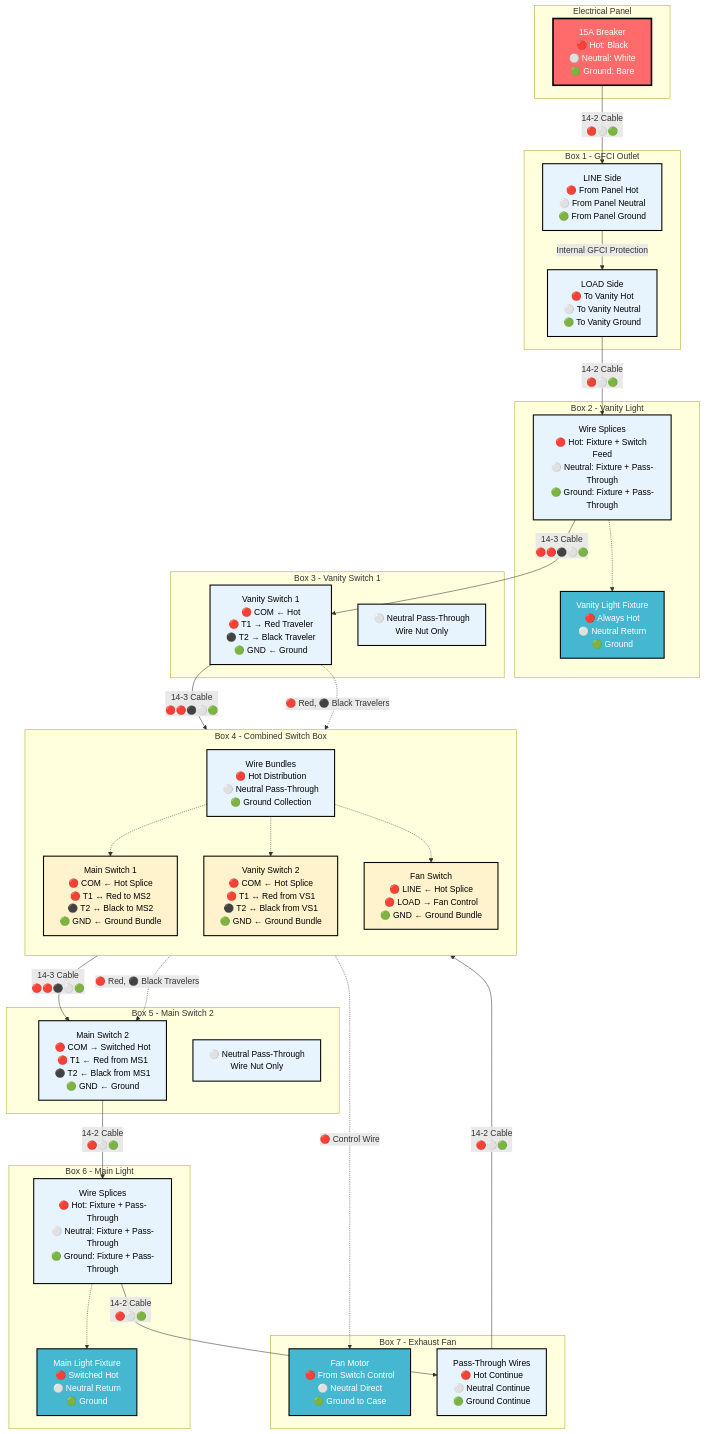
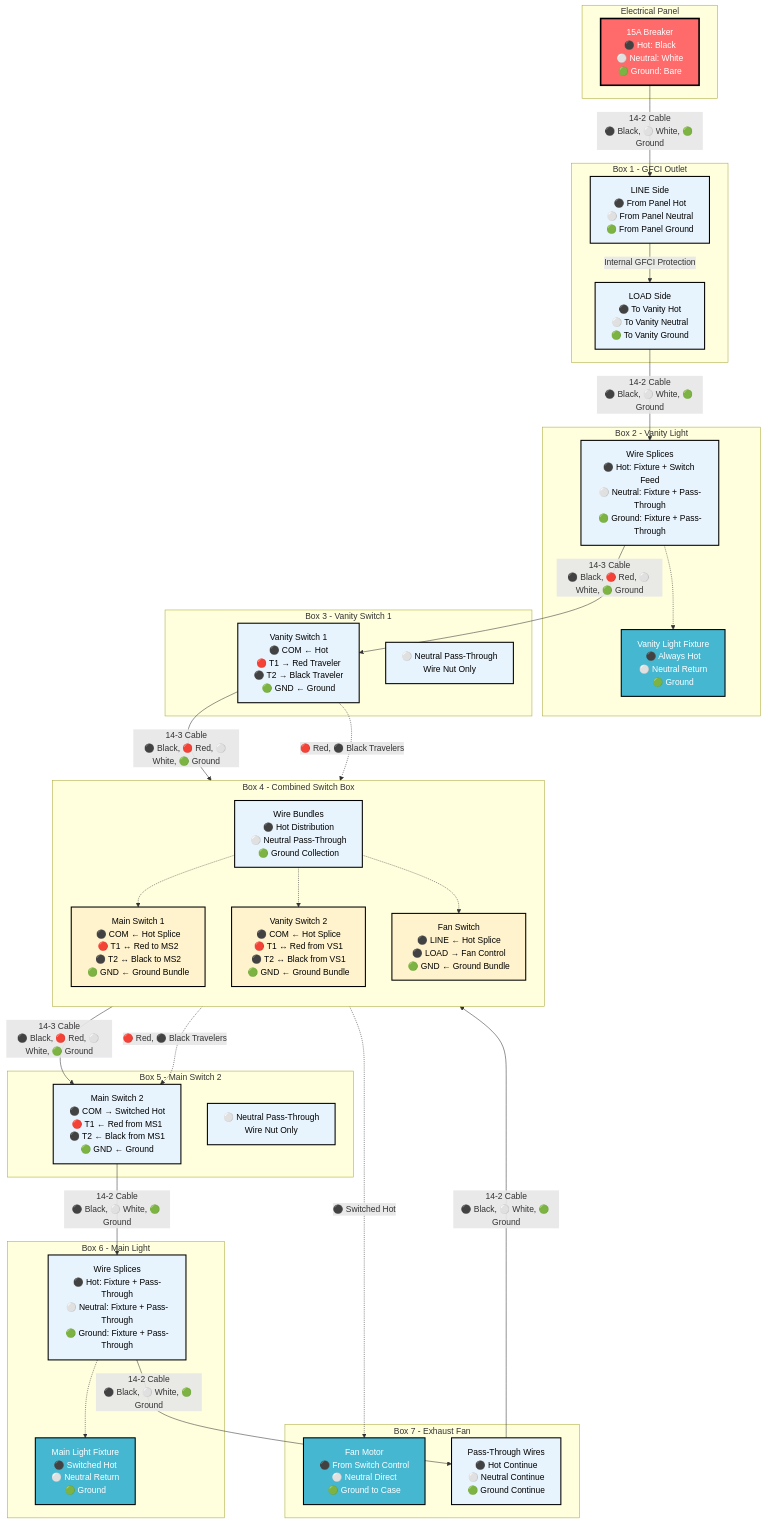
The third of 10 diagrams in diagrams/mermaid-wiring-diagram.md (ticklemycode/electrical-wiring), drawn with Mermaid before and after one commit. The commit also changed other lines of this file and 3 other files, not shown here.

````diff
--- a/diagrams/mermaid-wiring-diagram.md
+++ b/diagrams/mermaid-wiring-diagram.md
@@ -101,78 +101,78 @@
 ```mermaid
 flowchart TD
     subgraph "Electrical Panel"
-        PANEL[15A Breaker<br/>🔴 Hot: Black<br/>⚪ Neutral: White<br/>🟢 Ground: Bare]
+        PANEL[15A Breaker<br/>⚫ Hot: Black<br/>⚪ Neutral: White<br/>🟢 Ground: Bare]
     end
     
     subgraph "Box 1 - GFCI Outlet"
-        GFCI_LINE[LINE Side<br/>🔴 From Panel Hot<br/>⚪ From Panel Neutral<br/>🟢 From Panel Ground]
-        GFCI_LOAD[LOAD Side<br/>🔴 To Vanity Hot<br/>⚪ To Vanity Neutral<br/>🟢 To Vanity Ground]
+        GFCI_LINE[LINE Side<br/>⚫ From Panel Hot<br/>⚪ From Panel Neutral<br/>🟢 From Panel Ground]
+        GFCI_LOAD[LOAD Side<br/>⚫ To Vanity Hot<br/>⚪ To Vanity Neutral<br/>🟢 To Vanity Ground]
         GFCI_LINE -->|Internal GFCI Protection| GFCI_LOAD
     end
     
     subgraph "Box 2 - Vanity Light"
-        VL_FIXTURE[Vanity Light Fixture<br/>🔴 Always Hot<br/>⚪ Neutral Return<br/>🟢 Ground]
-        VL_SPLICE[Wire Splices<br/>🔴 Hot: Fixture + Switch Feed<br/>⚪ Neutral: Fixture + Pass-Through<br/>🟢 Ground: Fixture + Pass-Through]
+        VL_FIXTURE[Vanity Light Fixture<br/>⚫ Always Hot<br/>⚪ Neutral Return<br/>🟢 Ground]
+        VL_SPLICE[Wire Splices<br/>⚫ Hot: Fixture + Switch Feed<br/>⚪ Neutral: Fixture + Pass-Through<br/>🟢 Ground: Fixture + Pass-Through]
         VL_SPLICE -.-> VL_FIXTURE
     end
     
     subgraph "Box 3 - Vanity Switch 1"
-        VS1_SWITCH[Vanity Switch 1<br/>🔴 COM ← Hot<br/>🔴 T1 → Red Traveler<br/>⚫ T2 → Black Traveler<br/>🟢 GND ← Ground]
+        VS1_SWITCH[Vanity Switch 1<br/>⚫ COM ← Hot<br/>🔴 T1 → Red Traveler<br/>⚫ T2 → Black Traveler<br/>🟢 GND ← Ground]
         VS1_NEUTRAL[⚪ Neutral Pass-Through<br/>Wire Nut Only]
     end
     
     subgraph "Box 4 - Combined Switch Box"
         direction TB
-        COMB_MAIN[Main Switch 1<br/>🔴 COM ← Hot Splice<br/>🔴 T1 ↔ Red to MS2<br/>⚫ T2 ↔ Black to MS2<br/>🟢 GND ← Ground Bundle]
-        COMB_VANITY[Vanity Switch 2<br/>🔴 COM ← Hot Splice<br/>🔴 T1 ↔ Red from VS1<br/>⚫ T2 ↔ Black from VS1<br/>🟢 GND ← Ground Bundle]
-        COMB_FAN[Fan Switch<br/>🔴 LINE ← Hot Splice<br/>🔴 LOAD → Fan Control<br/>🟢 GND ← Ground Bundle]
-        COMB_BUNDLES[Wire Bundles<br/>🔴 Hot Distribution<br/>⚪ Neutral Pass-Through<br/>🟢 Ground Collection]
+        COMB_MAIN[Main Switch 1<br/>⚫ COM ← Hot Splice<br/>🔴 T1 ↔ Red to MS2<br/>⚫ T2 ↔ Black to MS2<br/>🟢 GND ← Ground Bundle]
+        COMB_VANITY[Vanity Switch 2<br/>⚫ COM ← Hot Splice<br/>🔴 T1 ↔ Red from VS1<br/>⚫ T2 ↔ Black from VS1<br/>🟢 GND ← Ground Bundle]
+        COMB_FAN[Fan Switch<br/>⚫ LINE ← Hot Splice<br/>⚫ LOAD → Fan Control<br/>🟢 GND ← Ground Bundle]
+        COMB_BUNDLES[Wire Bundles<br/>⚫ Hot Distribution<br/>⚪ Neutral Pass-Through<br/>🟢 Ground Collection]
         
         COMB_BUNDLES -.-> COMB_MAIN
         COMB_BUNDLES -.-> COMB_VANITY
         COMB_BUNDLES -.-> COMB_FAN
     end
     
     subgraph "Box 5 - Main Switch 2"
-        MS2_SWITCH[Main Switch 2<br/>🔴 COM → Switched Hot<br/>🔴 T1 ← Red from MS1<br/>⚫ T2 ← Black from MS1<br/>🟢 GND ← Ground]
+        MS2_SWITCH[Main Switch 2<br/>⚫ COM → Switched Hot<br/>🔴 T1 ← Red from MS1<br/>⚫ T2 ← Black from MS1<br/>🟢 GND ← Ground]
         MS2_NEUTRAL[⚪ Neutral Pass-Through<br/>Wire Nut Only]
     end
     
     subgraph "Box 6 - Main Light"
-        ML_FIXTURE[Main Light Fixture<br/>🔴 Switched Hot<br/>⚪ Neutral Return<br/>🟢 Ground]
-        ML_SPLICE[Wire Splices<br/>🔴 Hot: Fixture + Pass-Through<br/>⚪ Neutral: Fixture + Pass-Through<br/>🟢 Ground: Fixture + Pass-Through]
+        ML_FIXTURE[Main Light Fixture<br/>⚫ Switched Hot<br/>⚪ Neutral Return<br/>🟢 Ground]
+        ML_SPLICE[Wire Splices<br/>⚫ Hot: Fixture + Pass-Through<br/>⚪ Neutral: Fixture + Pass-Through<br/>🟢 Ground: Fixture + Pass-Through]
         ML_SPLICE -.-> ML_FIXTURE
     end
     
     subgraph "Box 7 - Exhaust Fan"
-        FAN_MOTOR[Fan Motor<br/>🔴 From Switch Control<br/>⚪ Neutral Direct<br/>🟢 Ground to Case]
-        FAN_PASS[Pass-Through Wires<br/>🔴 Hot Continue<br/>⚪ Neutral Continue<br/>🟢 Ground Continue]
+        FAN_MOTOR[Fan Motor<br/>⚫ From Switch Control<br/>⚪ Neutral Direct<br/>🟢 Ground to Case]
+        FAN_PASS[Pass-Through Wires<br/>⚫ Hot Continue<br/>⚪ Neutral Continue<br/>🟢 Ground Continue]
     end
     
     %% Cable Connections with Wire Colors
-    PANEL -->|14-2 Cable<br/>🔴⚪🟢| GFCI_LINE
-    GFCI_LOAD -->|14-2 Cable<br/>🔴⚪🟢| VL_SPLICE
-    VL_SPLICE -->|14-3 Cable<br/>🔴🔴⚫⚪🟢| VS1_SWITCH
-    VS1_SWITCH -->|14-3 Cable<br/>🔴🔴⚫⚪🟢| COMB_BUNDLES
-    COMB_BUNDLES -->|14-3 Cable<br/>🔴🔴⚫⚪🟢| MS2_SWITCH
-    MS2_SWITCH -->|14-2 Cable<br/>🔴⚪🟢| ML_SPLICE
-    ML_SPLICE -->|14-2 Cable<br/>🔴⚪🟢| FAN_PASS
-    FAN_PASS -->|14-2 Cable<br/>🔴⚪🟢| COMB_BUNDLES
+    PANEL -->|14-2 Cable<br/>⚫ Black, ⚪ White, 🟢 Ground| GFCI_LINE
+    GFCI_LOAD -->|14-2 Cable<br/>⚫ Black, ⚪ White, 🟢 Ground| VL_SPLICE
+    VL_SPLICE -->|14-3 Cable<br/>⚫ Black, 🔴 Red, ⚪ White, 🟢 Ground| VS1_SWITCH
+    VS1_SWITCH -->|14-3 Cable<br/>⚫ Black, 🔴 Red, ⚪ White, 🟢 Ground| COMB_BUNDLES
+    COMB_BUNDLES -->|14-3 Cable<br/>⚫ Black, 🔴 Red, ⚪ White, 🟢 Ground| MS2_SWITCH
+    MS2_SWITCH -->|14-2 Cable<br/>⚫ Black, ⚪ White, 🟢 Ground| ML_SPLICE
+    ML_SPLICE -->|14-2 Cable<br/>⚫ Black, ⚪ White, 🟢 Ground| FAN_PASS
+    FAN_PASS -->|14-2 Cable<br/>⚫ Black, ⚪ White, 🟢 Ground| COMB_BUNDLES
     
     %% Control Wires
-    COMB_FAN -.->|🔴 Control Wire| FAN_MOTOR
+    COMB_FAN -.->|⚫ Switched Hot| FAN_MOTOR
     
     %% Traveler Connections
     VS1_SWITCH -.->|🔴 Red, ⚫ Black Travelers| COMB_VANITY
     COMB_MAIN -.->|🔴 Red, ⚫ Black Travelers| MS2_SWITCH
     
     classDef panelStyle fill:#ff6b6b,stroke:#000,stroke-width:3px,color:#fff
     classDef boxStyle fill:#e8f4fd,stroke:#000,stroke-width:2px,color:#000
     classDef deviceStyle fill:#fff3cd,stroke:#000,stroke-width:2px,color:#000
     classDef fixtureStyle fill:#45b7d1,stroke:#000,stroke-width:2px,color:#fff
     
     class PANEL panelStyle
     class GFCI_LINE,GFCI_LOAD,VL_SPLICE,VS1_SWITCH,VS1_NEUTRAL,COMB_BUNDLES,MS2_SWITCH,MS2_NEUTRAL,ML_SPLICE,FAN_PASS boxStyle
     class COMB_MAIN,COMB_VANITY,COMB_FAN deviceStyle
     class VL_FIXTURE,ML_FIXTURE,FAN_MOTOR fixtureStyle
 ```
````
